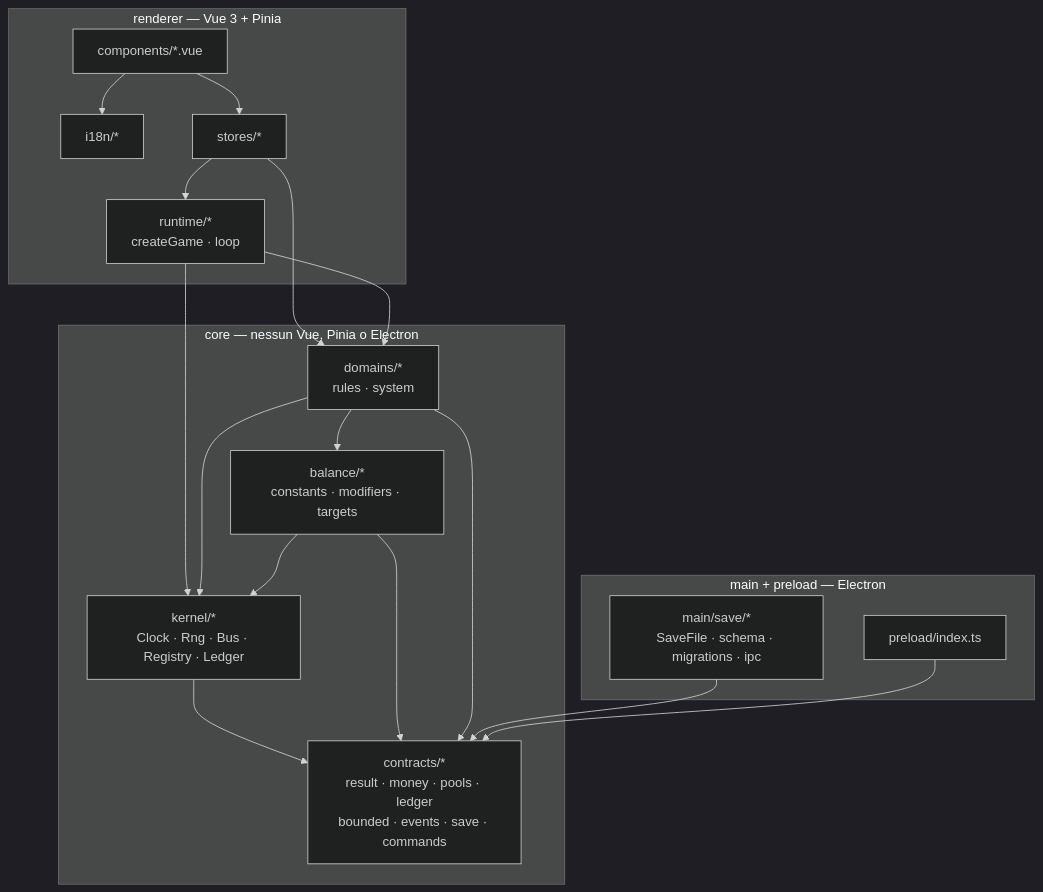
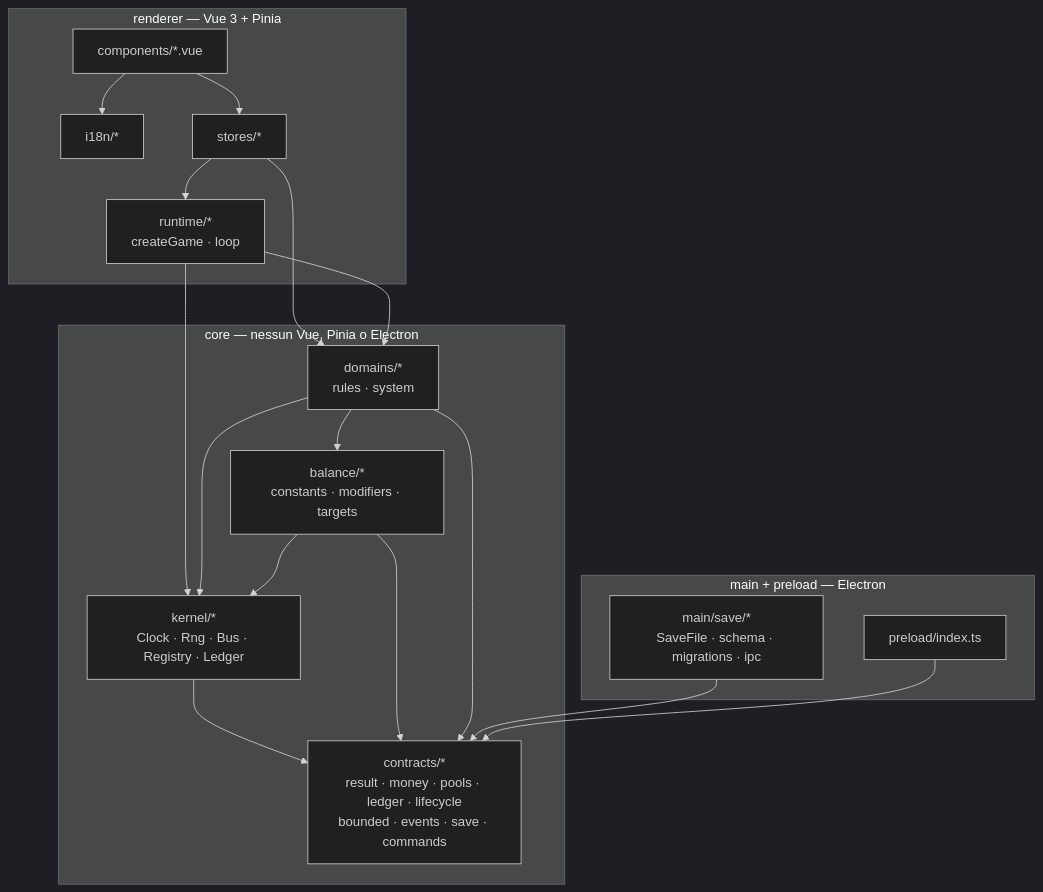
The diagram in docs/architettura.md (devfrx/solvent), drawn with Mermaid (dark theme) before and after one commit. The commit also changed other lines of this file and 21 other files, not shown here.

````diff
--- a/docs/architettura.md
+++ b/docs/architettura.md
@@ -14,36 +14,36 @@
 ```mermaid
 flowchart TD
   subgraph MAIN["main + preload — Electron"]
     SAVE["main/save/*<br/>SaveFile · schema · migrations · ipc"]
     PRE["preload/index.ts"]
   end
 
   subgraph REND["renderer — Vue 3 + Pinia"]
     CMP["components/*.vue"]
     I18N["i18n/*"]
     ST["stores/*"]
     RT["runtime/*<br/>createGame · loop"]
   end
 
   subgraph CORE["core — nessun Vue, Pinia o Electron"]
     DOM["domains/*<br/>rules · system"]
     BAL["balance/*<br/>constants · modifiers · targets"]
     KER["kernel/*<br/>Clock · Rng · Bus · Registry · Ledger"]
-    CON["contracts/*<br/>result · money · pools · ledger<br/>bounded · events · save · commands"]
+    CON["contracts/*<br/>result · money · pools · ledger · lifecycle<br/>bounded · events · save · commands"]
   end
 
   CMP --> ST
   CMP --> I18N
   ST  --> RT
   ST  --> DOM
   RT  --> DOM
   RT  --> KER
   DOM --> BAL
   DOM --> KER
   BAL --> KER
   KER --> CON
   BAL --> CON
   DOM --> CON
   SAVE --> CON
   PRE --> CON
 ```
````
